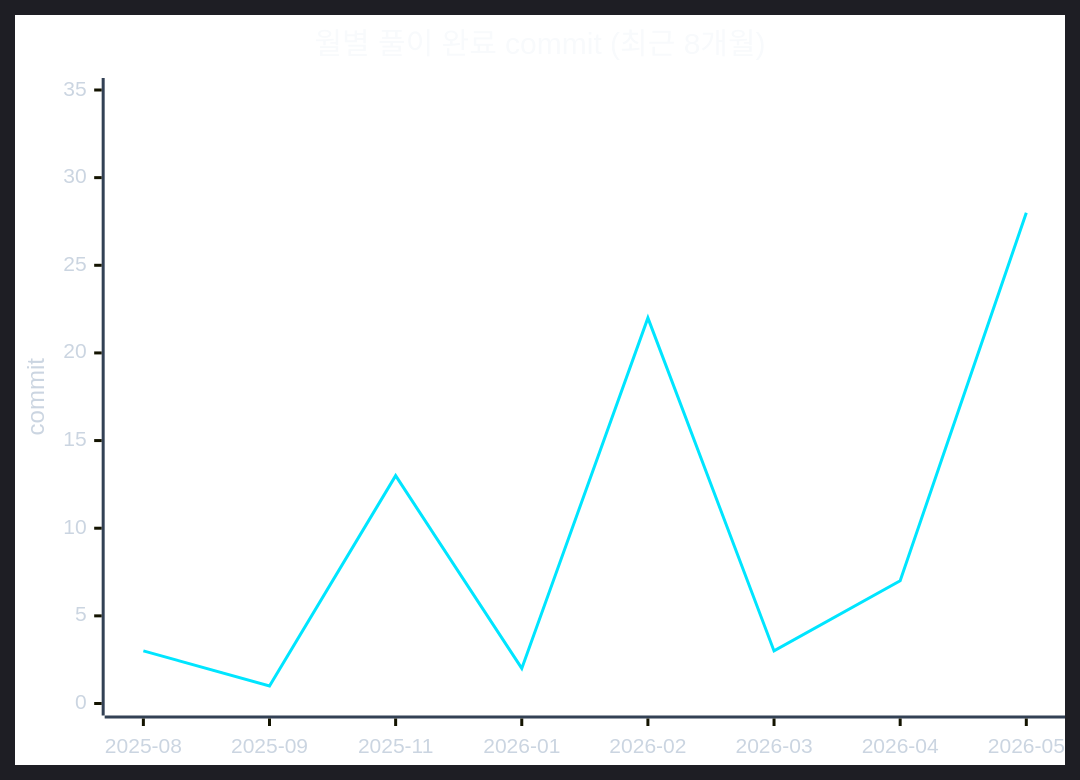
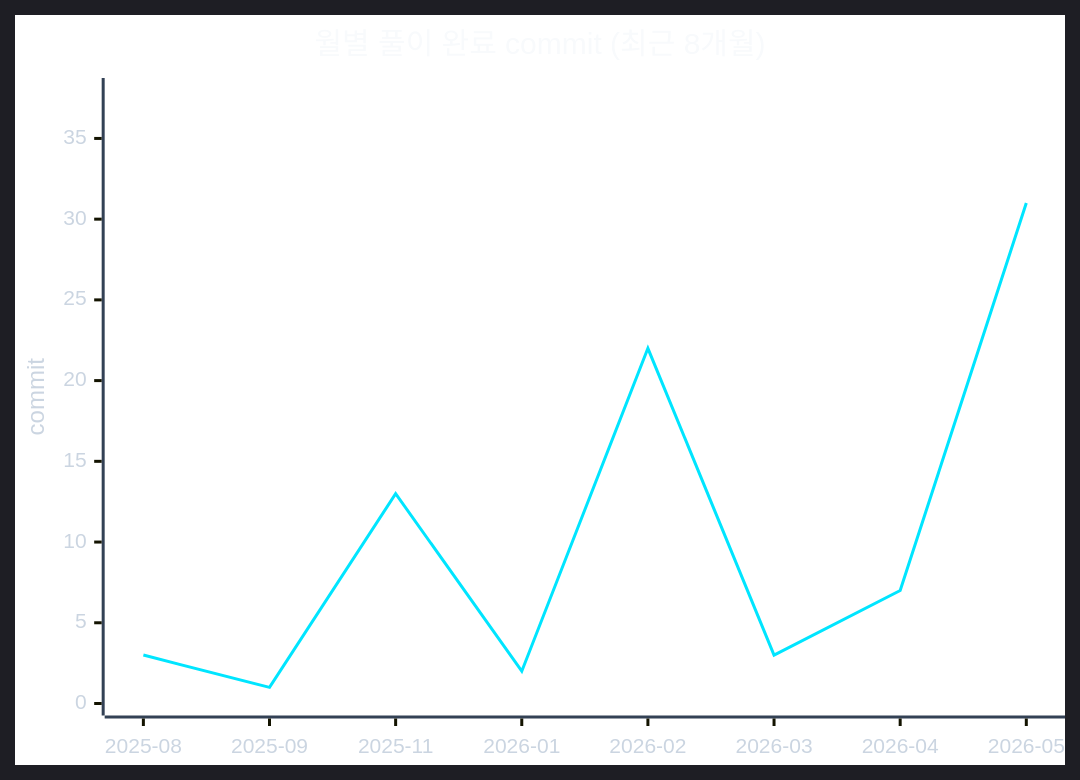
Before and after one commit to CHOOSLA/Algorithm: the second of 2 diagrams in readme.md, drawn with Mermaid. The commit also changed other lines of this file and 9 other files, not shown here.

Commit message:
refactor: README 자동화 빌더 모듈화 및 GHA Amend 강제푸시 워크플로우 도입

````diff
--- a/readme.md
+++ b/readme.md
@@ -71,22 +71,22 @@
 ```mermaid
 ---
 config:
   theme: dark
   themeVariables:
     background: '#0d1117'
     xyChart:
       titleColor: '#f8fafc'
       xAxisLabelColor: '#cbd5e1'
       xAxisTitleColor: '#cbd5e1'
       xAxisLineColor: '#334155'
       yAxisLabelColor: '#cbd5e1'
       yAxisTitleColor: '#cbd5e1'
       yAxisLineColor: '#334155'
       plotColorPalette: '#00e5ff'
 ---
 xychart-beta
   title "월별 풀이 완료 commit (최근 8개월)"
   x-axis ["2025-08", "2025-09", "2025-11", "2026-01", "2026-02", "2026-03", "2026-04", "2026-05"]
-  y-axis "commit" 0 --> 35
-  line [3, 1, 13, 2, 22, 3, 7, 28]
+  y-axis "commit" 0 --> 38
+  line [3, 1, 13, 2, 22, 3, 7, 31]
 ```
````
